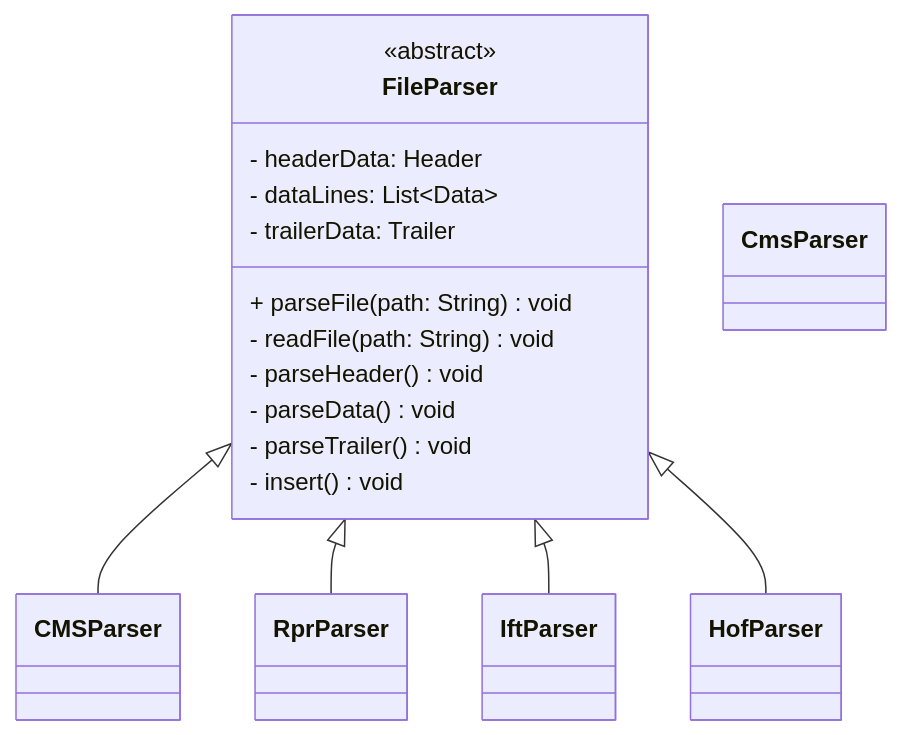
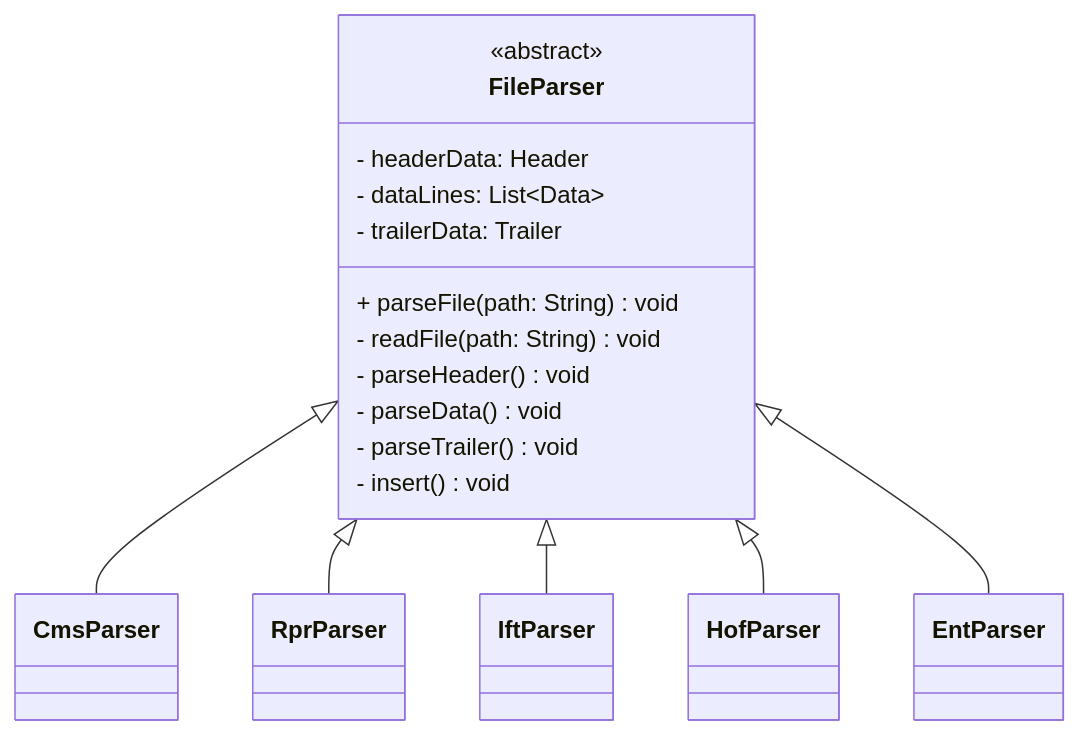
Before and after one commit to duyankim/design-pattern: the diagram in README.md, drawn with Mermaid.

````diff
--- a/README.md
+++ b/README.md
@@ -3,26 +3,28 @@
 ```mermaid
 classDiagram
     class FileParser {
         <<abstract>>
         - headerData: Header
         - dataLines: List~Data~
         - trailerData: Trailer
         + parseFile(path: String) void
         - readFile(path: String) void
         - parseHeader() void
         - parseData() void
         - parseTrailer() void
         - insert() void
     }
 
     class CmsParser
     class RprParser
     class IftParser
     class HofParser
+    class EntParser
 
-    FileParser <|-- CMSParser
+    FileParser <|-- CmsParser
     FileParser <|-- RprParser
     FileParser <|-- IftParser
     FileParser <|-- HofParser
+    FileParser <|-- EntParser
 
 ```
````
